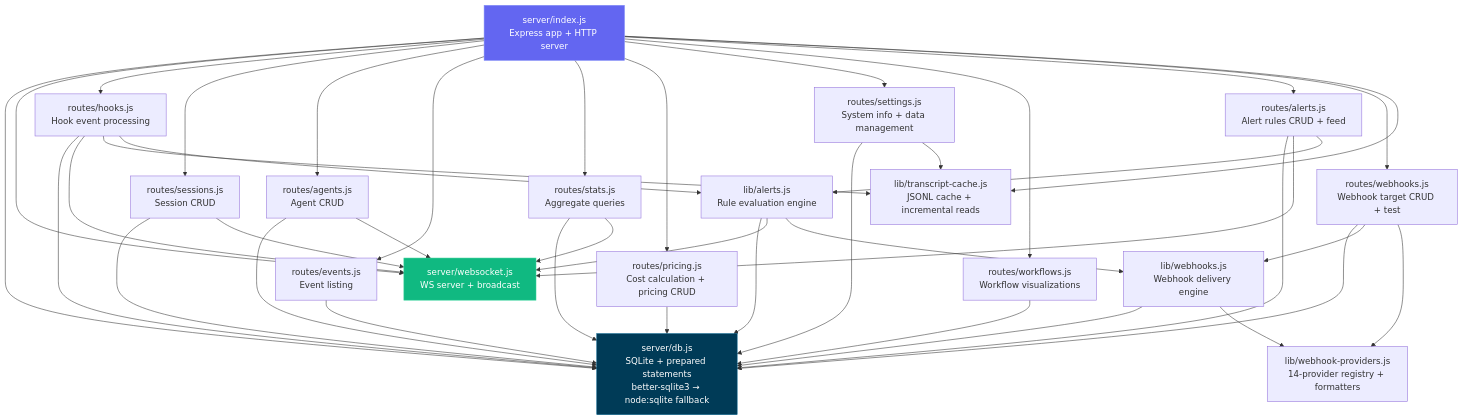
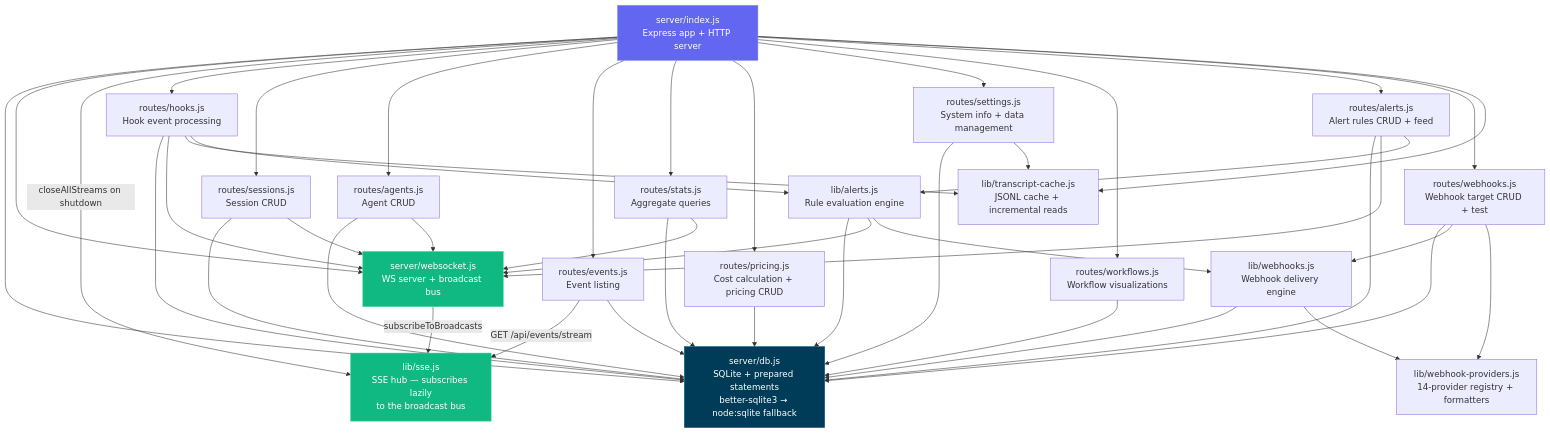
The fifth of 45 diagrams in ARCHITECTURE.md (NikoAuso/Claude-Code-Agent-Monitor), drawn with Mermaid before and after one commit. The commit also changed other lines of this file and 4 other files, not shown here.

First line of the commit message:
docs(sse): show SSE in the architecture diagrams and state the replay gap

````diff
--- a/ARCHITECTURE.md
+++ b/ARCHITECTURE.md
@@ -293,44 +293,50 @@
 ```mermaid
 graph TD
     INDEX[server/index.js<br/>Express app + HTTP server]
     DB[server/db.js<br/>SQLite + prepared statements<br/>better-sqlite3 → node:sqlite fallback]
-    WS[server/websocket.js<br/>WS server + broadcast]
+    WS[server/websocket.js<br/>WS server + broadcast bus]
+    SSE[lib/sse.js<br/>SSE hub — subscribes lazily<br/>to the broadcast bus]
     HOOKS[routes/hooks.js<br/>Hook event processing]
     TC[lib/transcript-cache.js<br/>JSONL cache + incremental reads]
     SESSIONS[routes/sessions.js<br/>Session CRUD]
     AGENTS[routes/agents.js<br/>Agent CRUD]
     EVENTS[routes/events.js<br/>Event listing]
     STATS[routes/stats.js<br/>Aggregate queries]
     PRICING[routes/pricing.js<br/>Cost calculation + pricing CRUD]
     SETTINGS[routes/settings.js<br/>System info + data management]
     WORKFLOWS[routes/workflows.js<br/>Workflow visualizations]
     ALERTSR[routes/alerts.js<br/>Alert rules CRUD + feed]
     ALERTS[lib/alerts.js<br/>Rule evaluation engine]
     WEBHOOKSR[routes/webhooks.js<br/>Webhook target CRUD + test]
     WEBHOOKS[lib/webhooks.js<br/>Webhook delivery engine]
     WEBHOOKPROV[lib/webhook-providers.js<br/>14-provider registry + formatters]
 
     INDEX --> DB
     INDEX --> WS
+    INDEX -->|closeAllStreams on shutdown| SSE
     INDEX --> HOOKS & SESSIONS & AGENTS & EVENTS & STATS & PRICING & SETTINGS & WORKFLOWS & ALERTSR & WEBHOOKSR
+
+    WS -->|subscribeToBroadcasts| SSE
+    EVENTS -->|GET /api/events/stream| SSE
 
     HOOKS --> DB & WS & TC
     HOOKS --> ALERTS
     ALERTSR --> DB & WS & ALERTS
     ALERTS --> DB & WS
     ALERTS --> WEBHOOKS
     WEBHOOKSR --> DB & WEBHOOKS & WEBHOOKPROV
     WEBHOOKS --> DB & WEBHOOKPROV
     SETTINGS --> DB & TC
     INDEX --> TC
     SESSIONS --> DB & WS
     AGENTS --> DB & WS
     EVENTS --> DB
     STATS --> DB & WS
     PRICING --> DB
     WORKFLOWS --> DB
 
     style INDEX fill:#6366f1,stroke:#818cf8,color:#fff
     style DB fill:#003B57,stroke:#005f8a,color:#fff
     style WS fill:#10b981,stroke:#34d399,color:#fff
+    style SSE fill:#10b981,stroke:#34d399,color:#fff
 ```
````
